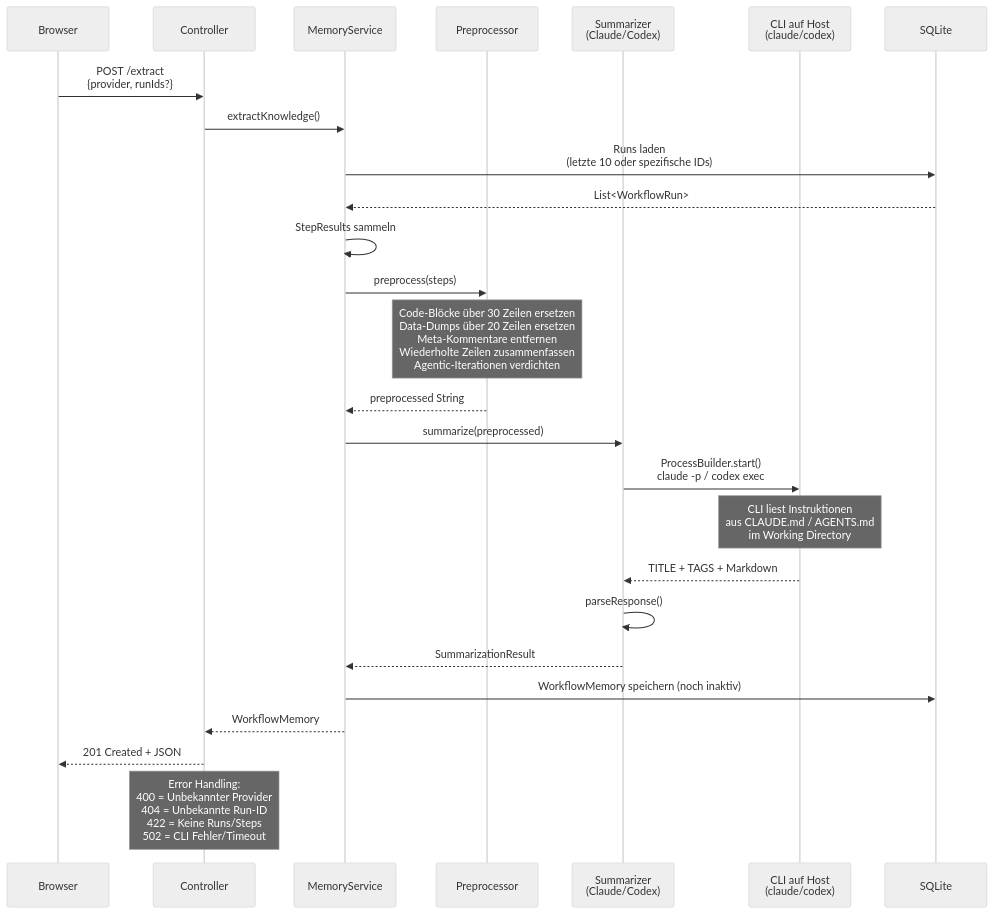
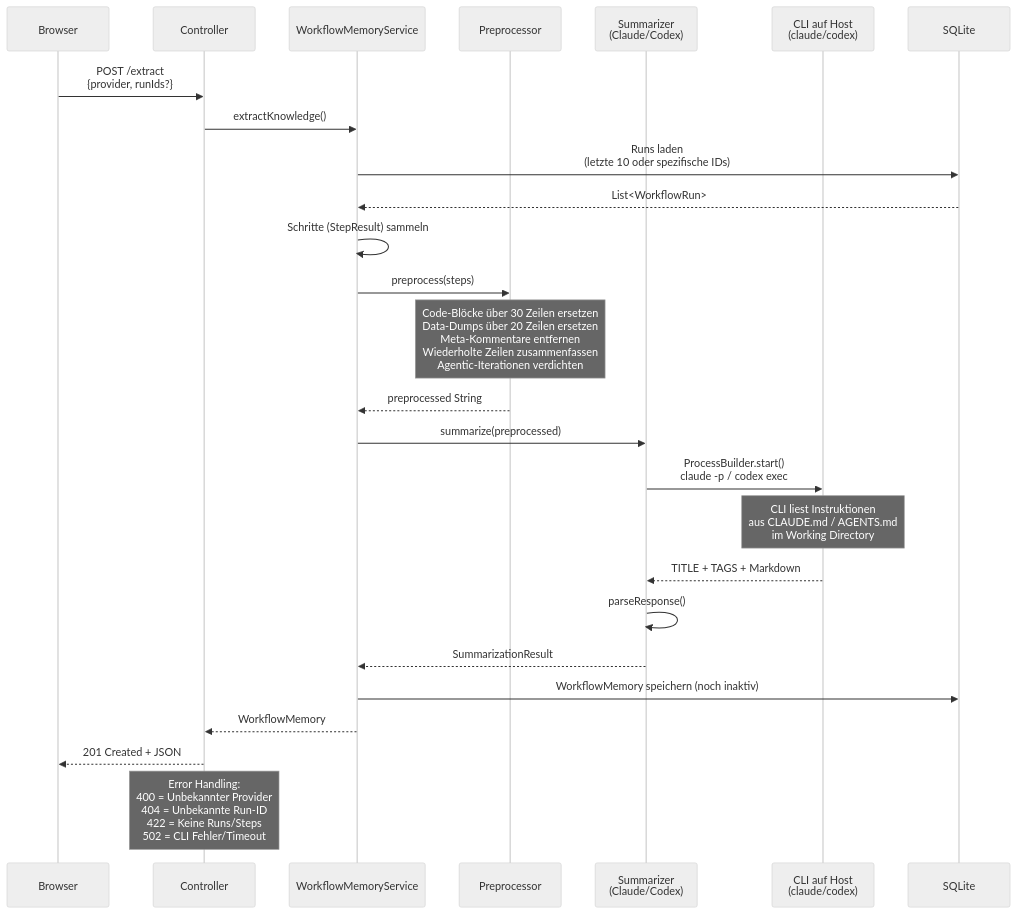
Before and after one commit to FLSEST/MySuricates: the second of 7 diagrams in docs/workflow-memory-diagrams.md, drawn with Mermaid (neutral theme). The commit also changed other lines of this file and 9 other files, not shown here.

First line of the commit message:
docs(diagramme): Outdated names in Control and Memory corrected, test list of the Memory page dropped

````diff
--- a/docs/workflow-memory-diagrams.md
+++ b/docs/workflow-memory-diagrams.md
@@ -60,30 +60,30 @@
 ```mermaid
 sequenceDiagram
     participant B as Browser
     participant C as Controller
-    participant S as MemoryService
+    participant S as WorkflowMemoryService
     participant P as Preprocessor
     participant SM as Summarizer<br/>(Claude/Codex)
     participant CLI as CLI auf Host<br/>(claude/codex)
     participant DB as SQLite
 
     B->>C: POST /extract<br/>{provider, runIds?}
     C->>S: extractKnowledge()
     S->>DB: Runs laden<br/>(letzte 10 oder spezifische IDs)
     DB-->>S: List<WorkflowRun>
-    S->>S: StepResults sammeln
+    S->>S: Schritte (StepResult) sammeln
     S->>P: preprocess(steps)
     Note over P: Code-Blöcke über 30 Zeilen ersetzen<br/>Data-Dumps über 20 Zeilen ersetzen<br/>Meta-Kommentare entfernen<br/>Wiederholte Zeilen zusammenfassen<br/>Agentic-Iterationen verdichten
     P-->>S: preprocessed String
     S->>SM: summarize(preprocessed)
     SM->>CLI: ProcessBuilder.start()<br/>claude -p / codex exec
     Note over CLI: CLI liest Instruktionen<br/>aus CLAUDE.md / AGENTS.md<br/>im Working Directory
     CLI-->>SM: TITLE + TAGS + Markdown
     SM->>SM: parseResponse()
     SM-->>S: SummarizationResult
     S->>DB: WorkflowMemory speichern (noch inaktiv)
     S-->>C: WorkflowMemory
     C-->>B: 201 Created + JSON
 
     Note over C: Error Handling:<br/>400 = Unbekannter Provider<br/>404 = Unbekannte Run-ID<br/>422 = Keine Runs/Steps<br/>502 = CLI Fehler/Timeout
 ```
````
